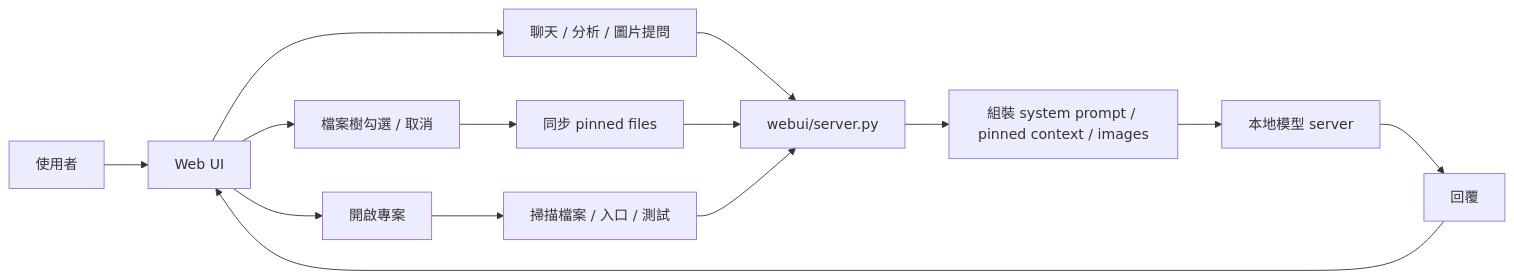
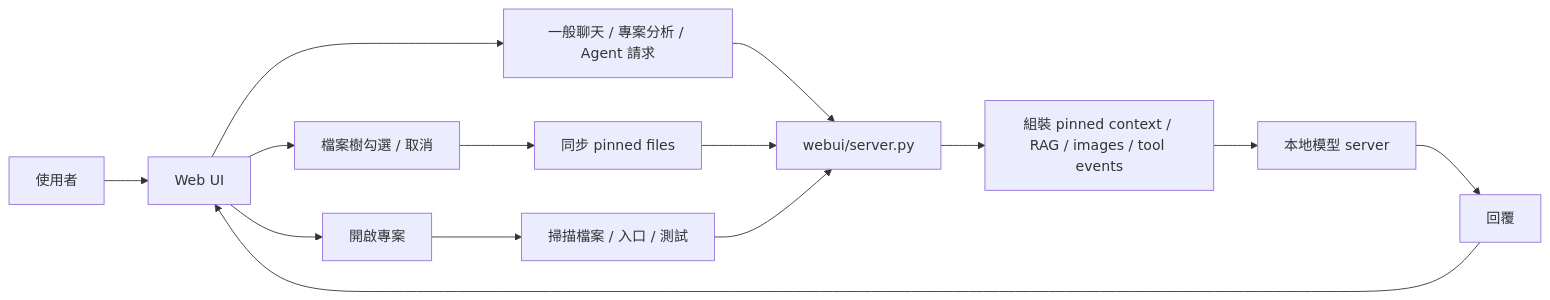
One commit to Lzxpan/CodeWorker changed the diagram in README.zh-TW.md. Above: the diagram before and after it, drawn with Mermaid. The commit also changed other lines of this file and 24 other files, not shown here.

````diff
--- a/README.zh-TW.md
+++ b/README.zh-TW.md
@@ -146,16 +151,16 @@
 ```mermaid
 flowchart LR
     U["使用者"] --> W["Web UI"]
     W --> O["開啟專案"]
     O --> S["掃描檔案 / 入口 / 測試"]
     W --> P["檔案樹勾選 / 取消"]
     P --> A["同步 pinned files"]
-    W --> C["聊天 / 分析 / 圖片提問"]
+    W --> C["一般聊天 / 專案分析 / Agent 請求"]
     C --> B["webui/server.py"]
     A --> B
     S --> B
-    B --> X["組裝 system prompt / pinned context / images"]
+    B --> X["組裝 pinned context / RAG / images / tool events"]
     X --> M["本地模型 server"]
     M --> R["回覆"]
     R --> W
 ```
````
